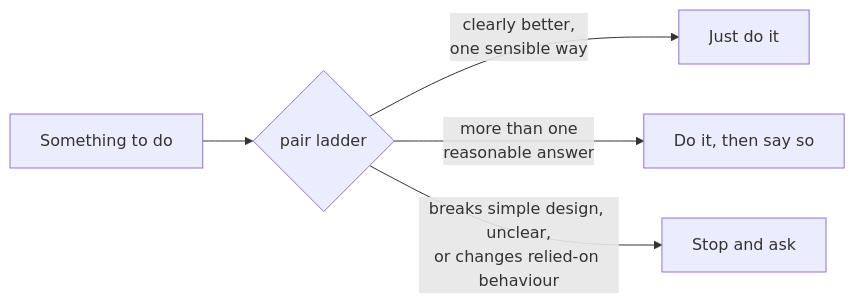
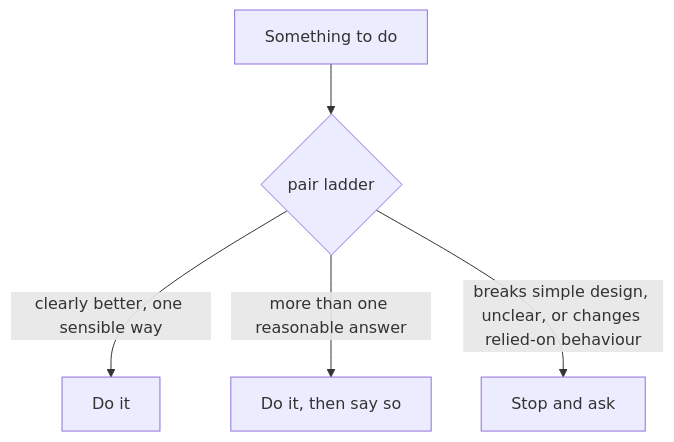
The diagram in docs/src/content/docs/reference/skills.md (jagreehal/shepherd), drawn with Mermaid before and after one commit. The commit also changed other lines of this file and 41 other files, not shown here.

````diff
--- a/docs/src/content/docs/reference/skills.md
+++ b/docs/src/content/docs/reference/skills.md
@@ -27,7 +36,7 @@
 ```mermaid
-flowchart LR
+flowchart TD
     X[Something to do] --> P{pair ladder}
-    P -- clearly better,<br/>one sensible way --> A[Just do it]
-    P -- more than one<br/>reasonable answer --> AS[Do it, then say so]
-    P -- breaks simple design, unclear,<br/>or changes relied-on behaviour --> SA[Stop and ask]
+    P -- clearly better, one sensible way --> A[Do it]
+    P -- more than one reasonable answer --> AS[Do it, then say so]
+    P -- breaks simple design, unclear, or changes relied-on behaviour --> SA[Stop and ask]
 ```
````
